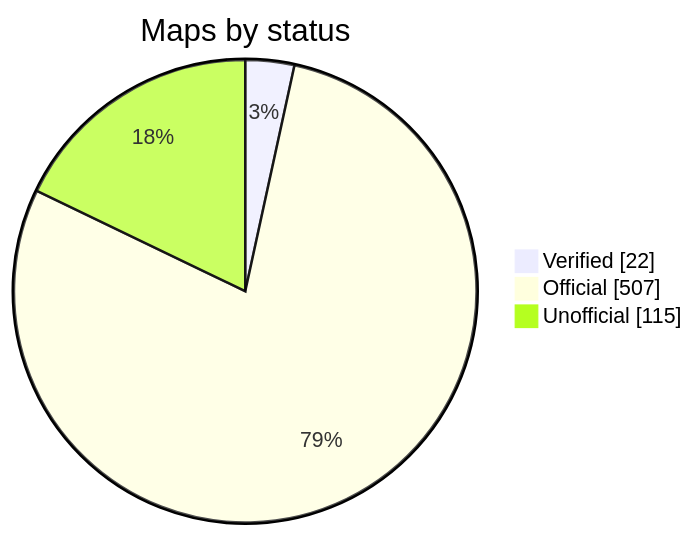
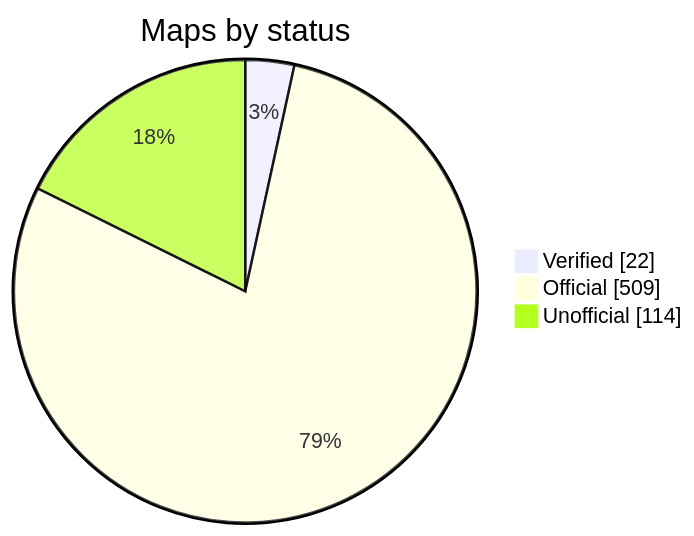
The diagram in README.md (nobrega8/mbmap-library), drawn with Mermaid before and after one commit. The commit also changed 7 other files, not shown here.

````diff
--- a/README.md
+++ b/README.md
@@ -52,7 +52,7 @@
 ```mermaid
 pie showData
     title Maps by status
     "Verified" : 22
-    "Official" : 507
-    "Unofficial" : 115
+    "Official" : 509
+    "Unofficial" : 114
 ```
````
